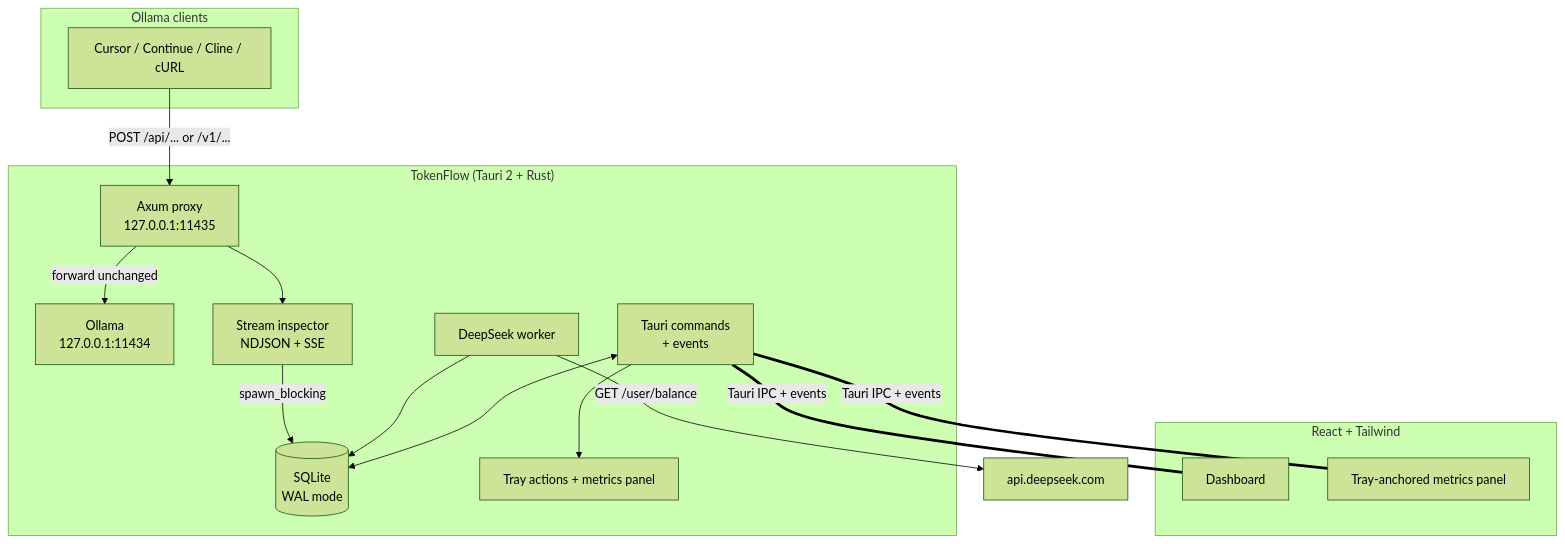
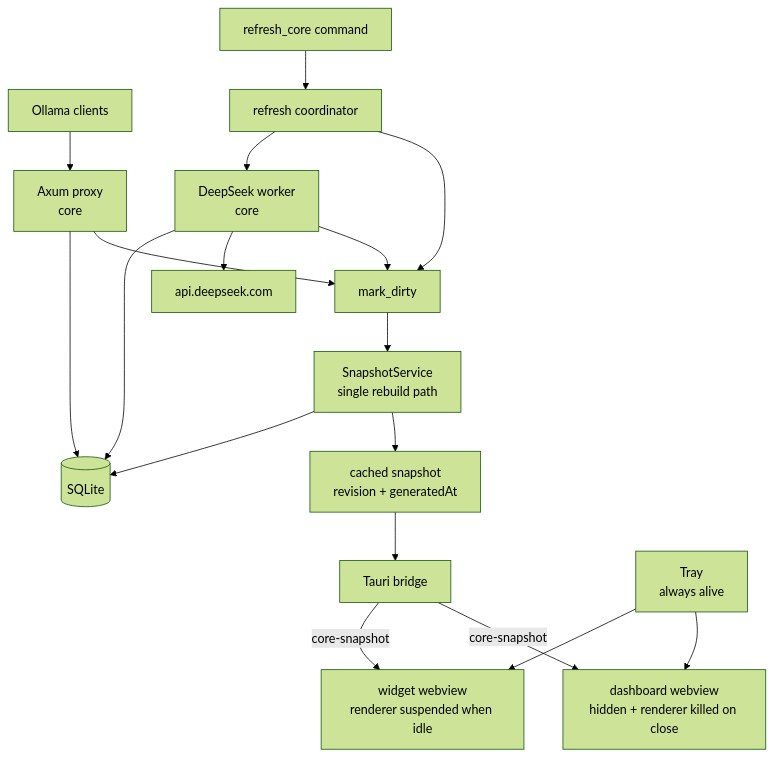
One commit to siddheshgunjal/TokenFlow changed the diagram in ARCHITECTURE.md. Above: the diagram before and after it, drawn with Mermaid (forest theme). The commit also changed other lines of this file and 2 other files, not shown here.

Commit message:
Document WebKit memory research and update architecture

````diff
--- a/ARCHITECTURE.md
+++ b/ARCHITECTURE.md
@@ -13,32 +15,23 @@
 ```mermaid
 graph TD
-    subgraph Clients["Ollama clients"]
-        A["Cursor / Continue / Cline / cURL"]
-    end
+    CLIENT["Ollama clients"] --> PROXY["Axum proxy<br/>core"]
+    PROXY --> DB[("SQLite")]
+    WORKER["DeepSeek worker<br/>core"] --> DB
+    WORKER --> API["api.deepseek.com"]
 
-    subgraph Desktop["TokenFlow (Tauri 2 + Rust)"]
-        B["Axum proxy<br/>127.0.0.1:11435"]
-        C["Ollama<br/>127.0.0.1:11434"]
-        D["Stream inspector<br/>NDJSON + SSE"]
-        E[("SQLite<br/>WAL mode")]
-        F["DeepSeek worker"]
-        G["Tauri commands<br/>+ events"]
-        H["Tray actions + metrics panel"]
-    end
+    PROXY --> DIRTY["mark_dirty"]
+    WORKER --> DIRTY
+    MANUAL["refresh_core command"] --> REFRESH["refresh coordinator"]
+    REFRESH --> WORKER
+    REFRESH --> DIRTY
 
-    subgraph UI["React + Tailwind"]
-        I["Dashboard"]
-        J["Tray-anchored metrics panel"]
-    end
+    DIRTY --> SERVICE["SnapshotService<br/>single rebuild path"]
+    SERVICE --> DB
+    SERVICE --> CACHE["cached snapshot<br/>revision + generatedAt"]
+    CACHE --> BRIDGE["Tauri bridge"]
+    BRIDGE -->|"core-snapshot"| WIDGET["widget webview<br/>renderer suspended when idle"]
+    BRIDGE -->|"core-snapshot"| DASH["dashboard webview<br/>hidden + renderer killed on close"]
 
-    A -->|"POST /api/... or /v1/..."| B
-    B -->|"forward unchanged"| C
-    B --> D
-    D -->|"spawn_blocking"| E
-    F -->|"GET /user/balance"| K["api.deepseek.com"]
-    F --> E
-    G <--> E
-    G --> H
-    G ===|"Tauri IPC + events"| I
-    G ===|"Tauri IPC + events"| J
+    TRAY["Tray<br/>always alive"] --> WIDGET
+    TRAY --> DASH
 ```
````
